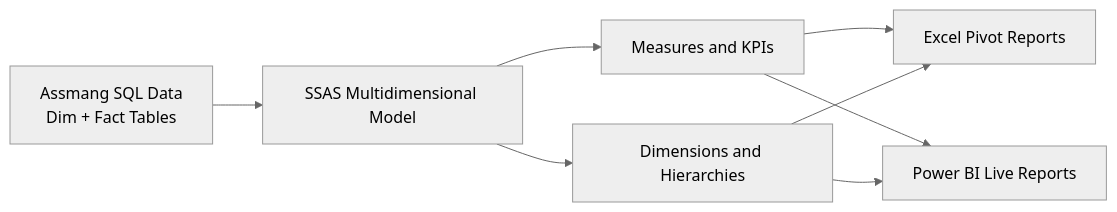
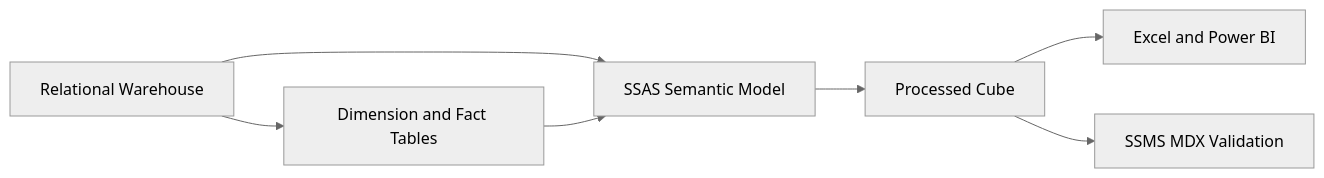
One commit to kumbulanit/SSAS-Fundamentals-SQL-Server-Analysis-Services changed the first of 5 diagrams in Day-01/introduction-to-sql-server-analysis-services/introduction-to-sql-server-analysis-services-theory.md. Above: the diagram before and after it, drawn with Mermaid (neutral theme). The commit also changed other lines of this file and 23 other files, not shown here.

````diff
--- a/Day-01/introduction-to-sql-server-analysis-services/introduction-to-sql-server-analysis-services-theory.md
+++ b/Day-01/introduction-to-sql-server-analysis-services/introduction-to-sql-server-analysis-services-theory.md
@@ -410,10 +272,9 @@
 ```mermaid
 flowchart LR
-    A[Assmang SQL Data\nDim + Fact Tables] --> B[SSAS Multidimensional Model]
-    B --> C[Measures and KPIs]
-    B --> D[Dimensions and Hierarchies]
-    C --> E[Excel Pivot Reports]
-    D --> E
-    C --> F[Power BI Live Reports]
-    D --> F
+    A[Relational Warehouse] --> B[SSAS Semantic Model]
+    A --> C[Dimension and Fact Tables]
+    C --> B
+    B --> D[Processed Cube]
+    D --> E[Excel and Power BI]
+    D --> F[SSMS MDX Validation]
 ```
````
